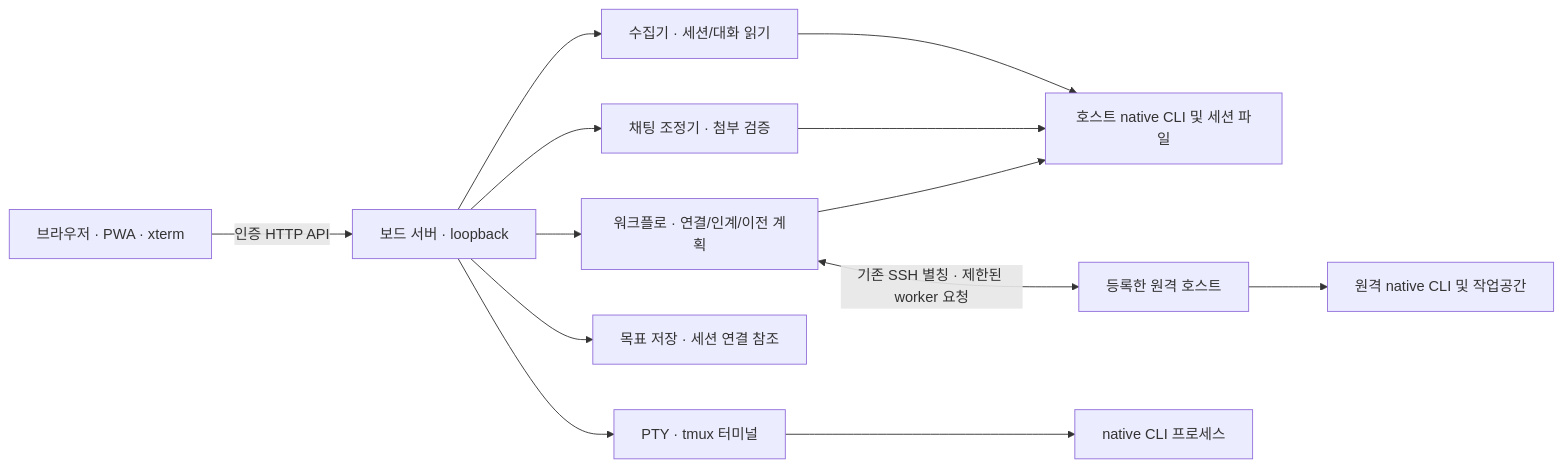
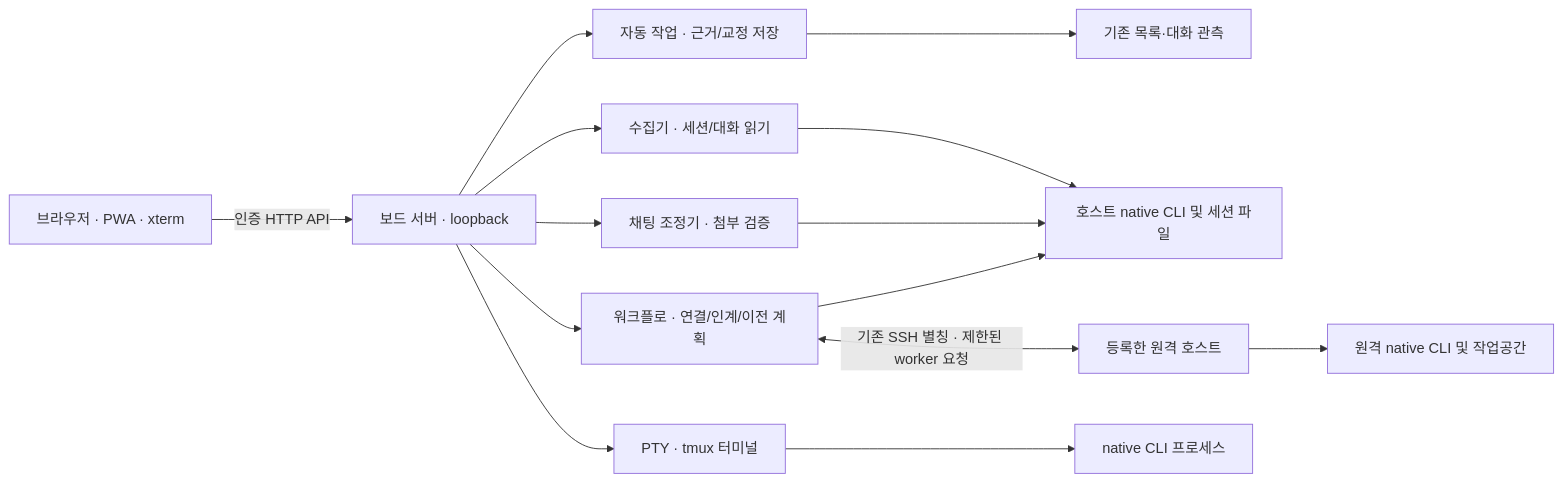
One commit to RyanKwon87/sessionholic changed the diagram in docs/architecture.md. Above: the diagram before and after it, drawn with Mermaid. The commit also changed other lines of this file and 33 other files, not shown here.

````diff
--- a/docs/architecture.md
+++ b/docs/architecture.md
@@ -5,15 +5,16 @@
 ```mermaid
 flowchart LR
     B[브라우저 · PWA · xterm] -->|인증 HTTP API| S[보드 서버 · loopback]
     S --> C[수집기 · 세션/대화 읽기]
     S --> W[워크플로 · 연결/인계/이전 계획]
     S --> H[채팅 조정기 · 첨부 검증]
-    S --> G[목표 저장 · 세션 연결 참조]
+    S --> G[자동 작업 · 근거/교정 저장]
+    G --> O[기존 목록·대화 관측]
     S --> T[PTY · tmux 터미널]
     C --> N[호스트 native CLI 및 세션 파일]
     H --> N
     W --> N
     W <-->|기존 SSH 별칭 · 제한된 worker 요청| R[등록한 원격 호스트]
     R --> RN[원격 native CLI 및 작업공간]
     T --> CLI[native CLI 프로세스]
 ```
````
